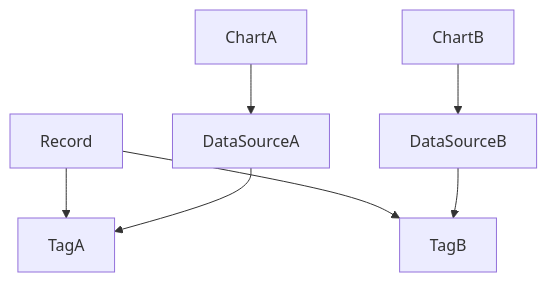
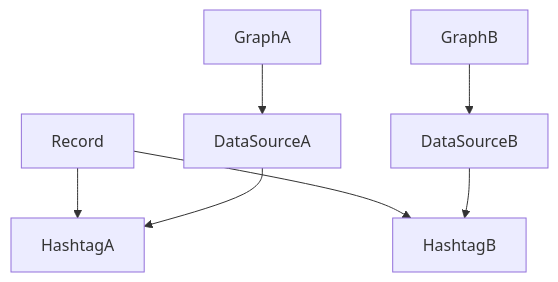
The diagram in Documentation/ユーザーストーリーマッピング/001_全体像.md (charlie-dev-ios/natura-ios-app), drawn with Mermaid before and after one commit. The commit also changed other lines of this file and 5 other files, not shown here.

````diff
--- a/Documentation/ユーザーストーリーマッピング/001_全体像.md
+++ b/Documentation/ユーザーストーリーマッピング/001_全体像.md
@@ -26,9 +26,9 @@
 ```mermaid
 graph TD;
-    Record-->TagA;
-    DataSourceA-->TagA;
-    Record-->TagB;
-    ChartA-->DataSourceA;
-    DataSourceB-->TagB;
-    ChartB-->DataSourceB;
+    Record-->HashtagA;
+    DataSourceA-->HashtagA;
+    Record-->HashtagB;
+    GraphA-->DataSourceA;
+    DataSourceB-->HashtagB;
+    GraphB-->DataSourceB;
 ```
````
